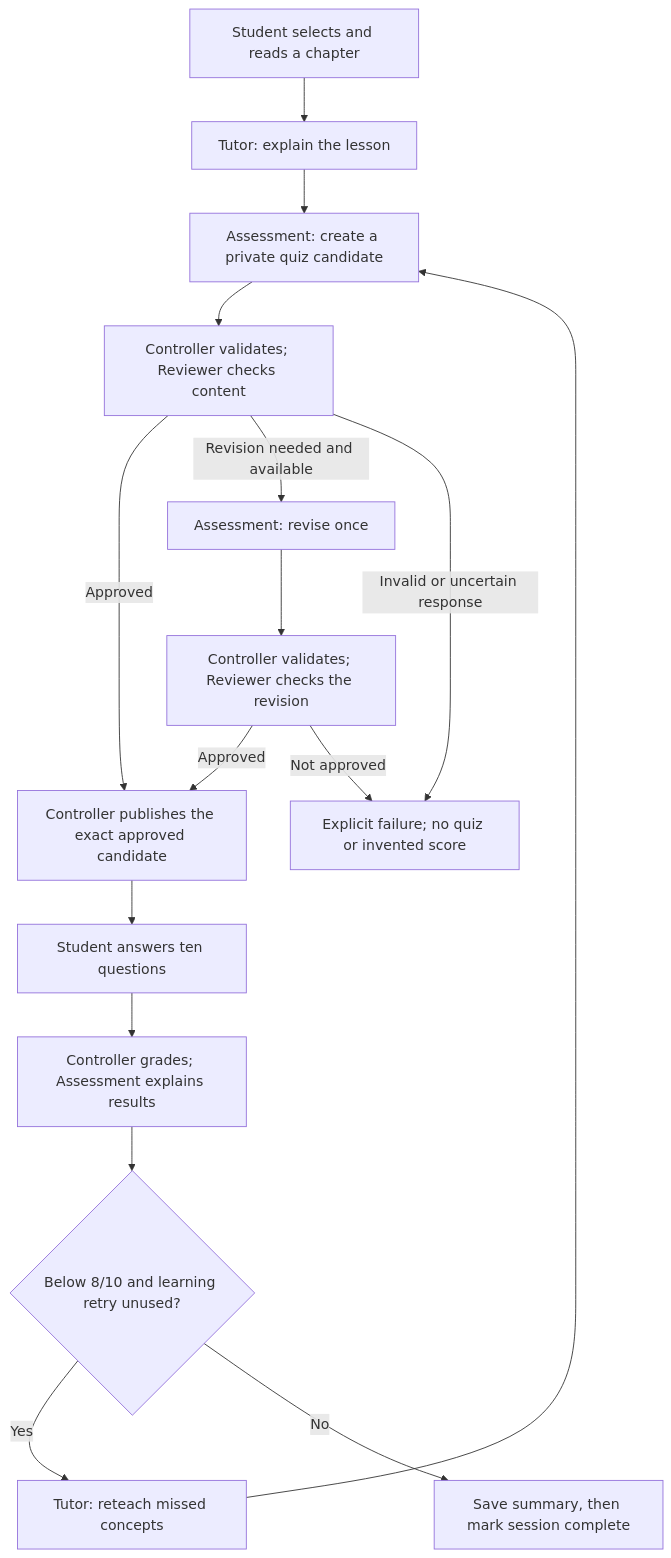
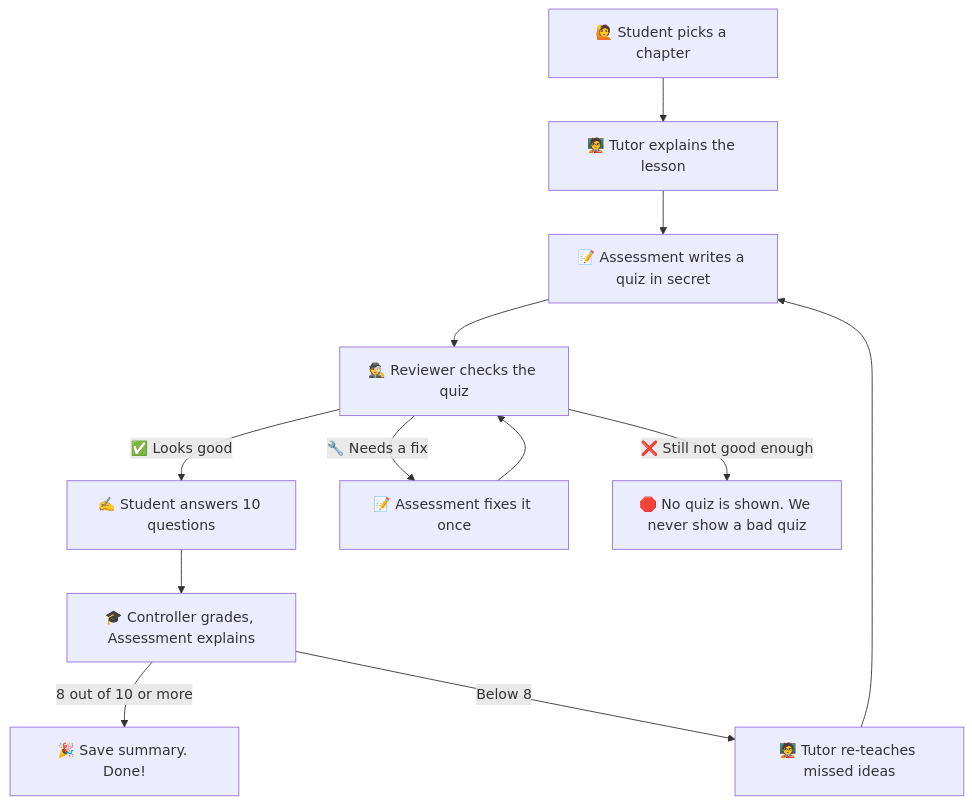
The diagram in README.md (Soma-Majumder/Study-Buddy), drawn with Mermaid before and after one commit. The commit also changed other lines of this file and 14 other files, not shown here.

````diff
--- a/README.md
+++ b/README.md
@@ -44,18 +57,14 @@
 ```mermaid
 flowchart TD
-  S[Student selects and reads a chapter] --> T[Tutor: explain the lesson]
-  T --> A[Assessment: create a private quiz candidate]
-  A --> V[Controller validates; Reviewer checks content]
-  V -->|Approved| P[Controller publishes the exact approved candidate]
-  V -->|Revision needed and available| R[Assessment: revise once]
-  R --> V2[Controller validates; Reviewer checks the revision]
-  V2 -->|Approved| P
-  V -->|Invalid or uncertain response| F[Explicit failure; no quiz or invented score]
-  V2 -->|Not approved| F
-  P --> Q[Student answers ten questions]
-  Q --> G[Controller grades; Assessment explains results]
-  G --> D{Below 8/10 and learning retry unused?}
-  D -->|Yes| RT[Tutor: reteach missed concepts]
+  S[🙋 Student picks a chapter] --> T[🧑‍🏫 Tutor explains the lesson]
+  T --> A[📝 Assessment writes a quiz in secret]
+  A --> R[🕵️ Reviewer checks the quiz]
+  R -->|✅ Looks good| Q[✍️ Student answers 10 questions]
+  R -->|🔧 Needs a fix| A2[📝 Assessment fixes it once]
+  A2 --> R
+  R -->|❌ Still not good enough| F[🛑 No quiz is shown. We never show a bad quiz]
+  Q --> G[🎓 Controller grades, Assessment explains]
+  G -->|8 out of 10 or more| DONE[🎉 Save summary. Done!]
+  G -->|Below 8| RT[🧑‍🏫 Tutor re-teaches missed ideas]
   RT --> A
-  D -->|No| SAVE[Save summary, then mark session complete]
 ```
````
